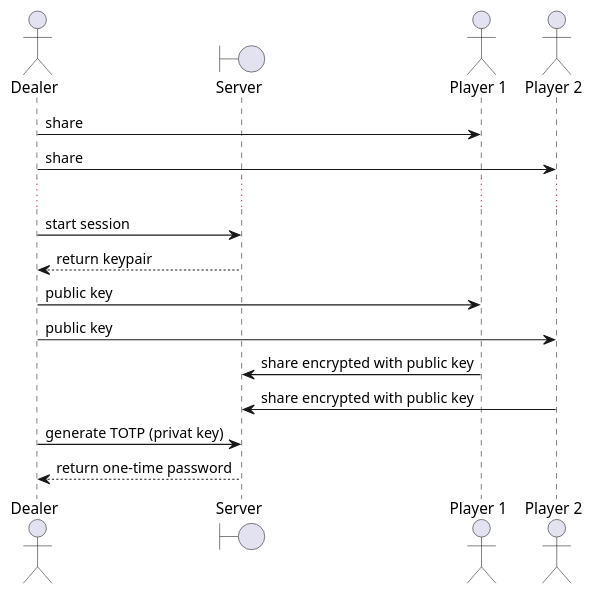
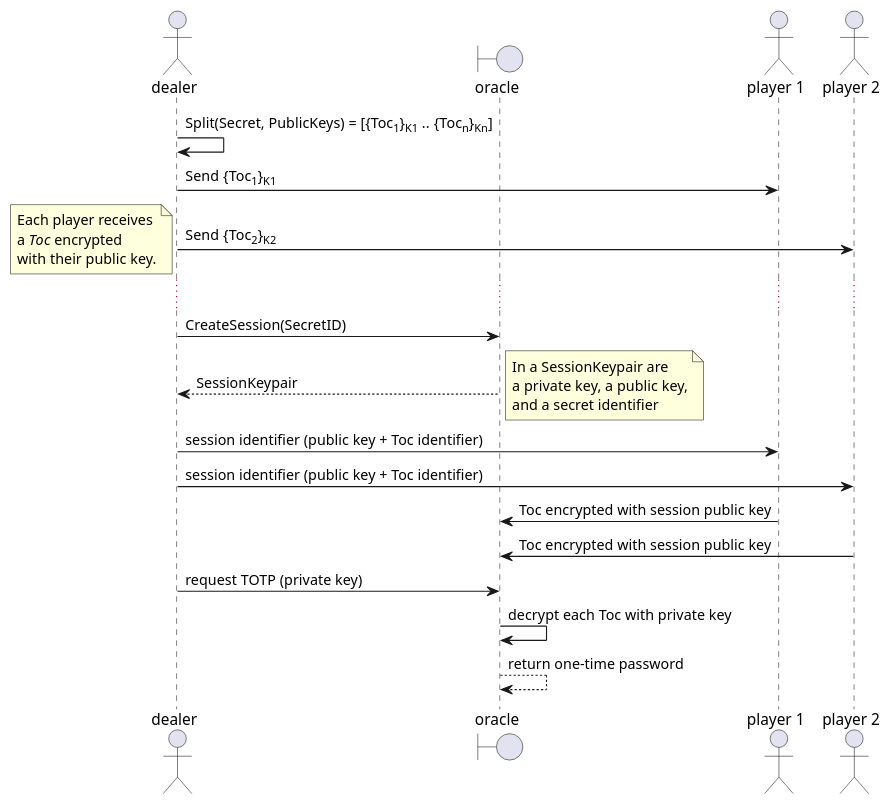
One commit to borgoat/farmfa changed the diagram in docs/design.adoc. Above: the diagram before and after it, drawn with PlantUML. The commit also changed other lines of this file, not shown here.

```diff
--- a/docs/design.adoc
+++ b/docs/design.adoc
@@ -33,23 +63,38 @@
 [plantuml]
 ....
-actor     Dealer as d
-boundary  Server as s
-actor     "Player 1" as p1
-actor     "Player 2" as p2
+actor     dealer as d
+boundary  oracle as o
+actor     "player 1" as p1
+actor     "player 2" as p2
 
-d -> p1:  share
-d -> p2:  share
+d -> d:   Split(Secret, PublicKeys) = [{Toc<sub>1</sub>}<sub>K1</sub> .. {Toc<sub>n</sub>}<sub>Kn</sub>]
+
+d -> p1:  Send {Toc<sub>1</sub>}<sub>K1</sub>
+d -> p2:  Send {Toc<sub>2</sub>}<sub>K2</sub>
+
+note left
+Each player receives
+a //Toc// encrypted
+with their public key.
+end note
 
 ...
 
-d -> s:   start session
-return    return keypair
+d -> o:   CreateSession(SecretID)
+return    SessionKeypair
 
-d  -> p1:  public key
-d  -> p2:  public key
-p1 -> s:   share encrypted with public key
-p2 -> s:   share encrypted with public key
+note right
+In a SessionKeypair are
+a private key, a public key,
+and a secret identifier
+end note
 
-d  -> s:   generate TOTP (privat key)
+d  -> p1:  session identifier (public key + Toc identifier)
+d  -> p2:  session identifier (public key + Toc identifier)
+p1 -> o:   Toc encrypted with session public key
+p2 -> o:   Toc encrypted with session public key
+
+d  -> o:   request TOTP (private key)
+o -> o:   decrypt each Toc with private key
 return     return one-time password
 ....
```
